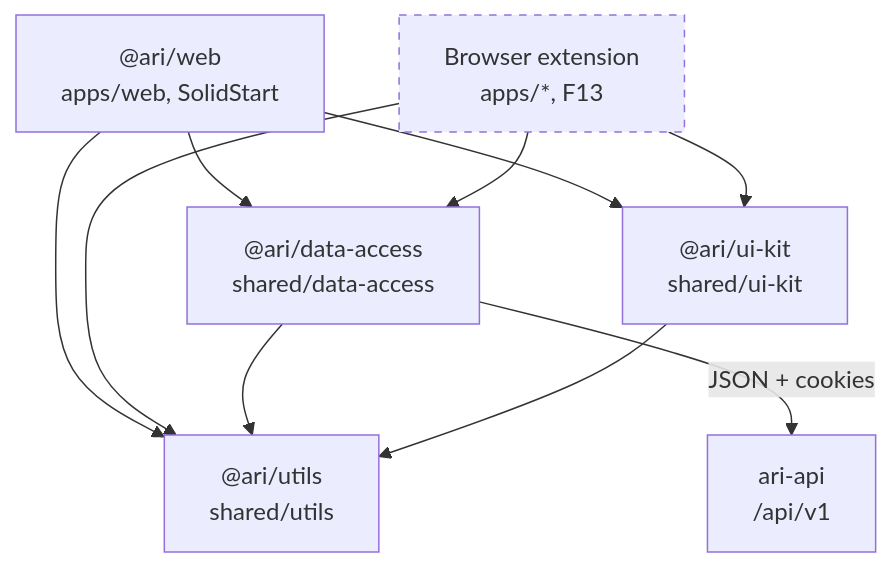
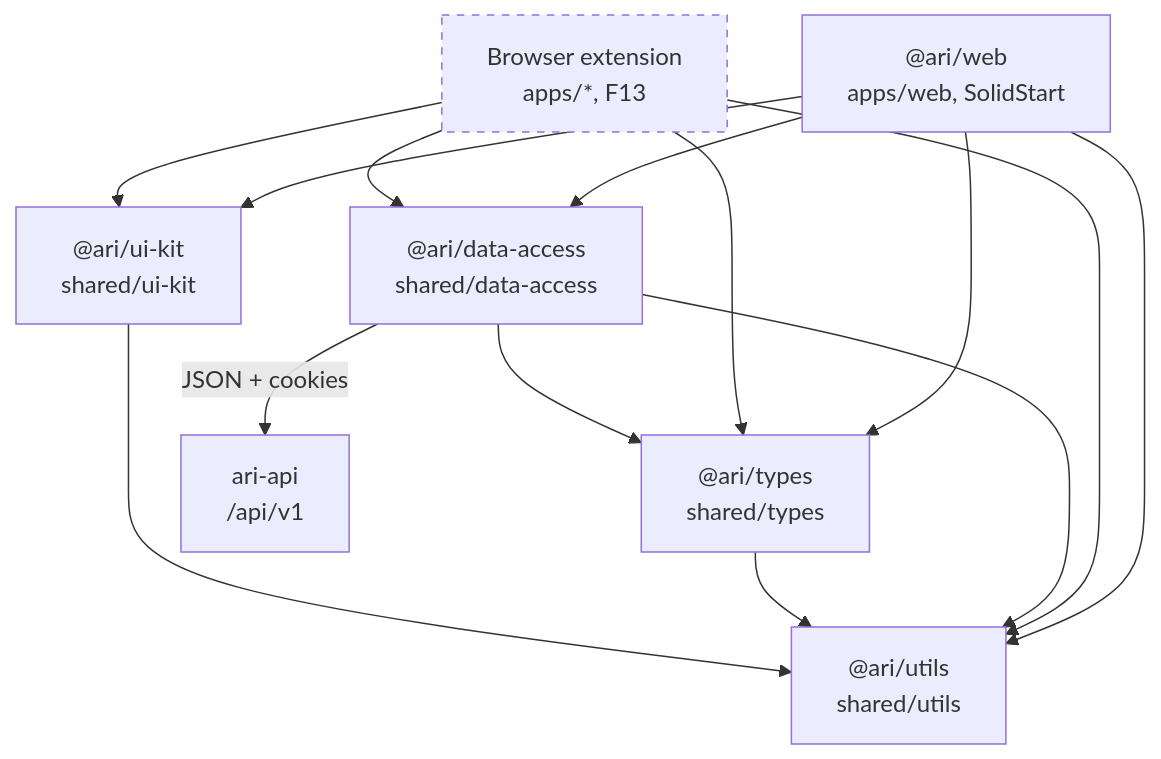
One commit to salimsalimzade/ari changed the second of 2 diagrams in docs/architecture.md. Above: the diagram before and after it, drawn with Mermaid. The commit also changed other lines of this file and 17 other files, not shown here.

````diff
--- a/docs/architecture.md
+++ b/docs/architecture.md
@@ -73,22 +73,27 @@
 ```mermaid
 flowchart TD
   web["@ari/web<br/>apps/web, SolidStart"]
   ext["Browser extension<br/>apps/*, F13"]
   da["@ari/data-access<br/>shared/data-access"]
+  types["@ari/types<br/>shared/types"]
   ui["@ari/ui-kit<br/>shared/ui-kit"]
   utils["@ari/utils<br/>shared/utils"]
   api["ari-api<br/>/api/v1"]
 
   web --> da
+  web --> types
   web --> ui
   web --> utils
   ext --> da
+  ext --> types
   ext --> ui
   ext --> utils
+  da --> types
   da --> utils
+  types --> utils
   ui --> utils
   da -- "JSON + cookies" --> api
 
   classDef later stroke-dasharray: 5 5
   class ext later
 ```
````
